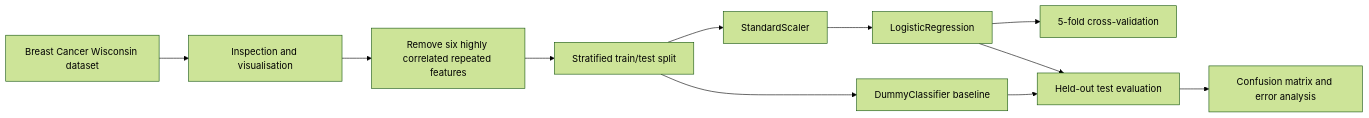
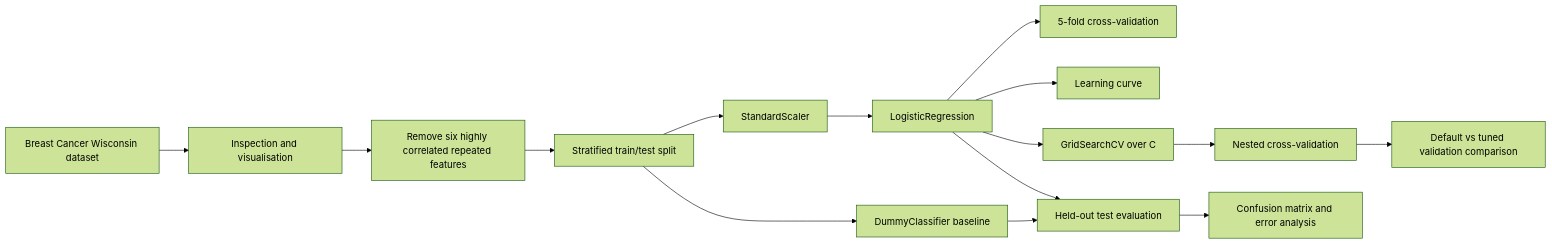
The diagram in README.md (SimonYip22/breast-cancer-ml-workflow), drawn with Mermaid (forest theme) before and after one commit. The commit also changed other lines of this file, not shown here.

````diff
--- a/README.md
+++ b/README.md
@@ -68,21 +77,30 @@
 ```mermaid
 flowchart LR
     A[Breast Cancer Wisconsin dataset]
     B[Inspection and visualisation]
     C[Remove six highly correlated repeated features]
     D[Stratified train/test split]
     E[DummyClassifier baseline]
     F[StandardScaler]
     G[LogisticRegression]
     H[5-fold cross-validation]
-    I[Held-out test evaluation]
-    J[Confusion matrix and error analysis]
+    I[Learning curve]
+    J[GridSearchCV over C]
+    K[Nested cross-validation]
+    L[Default vs tuned validation comparison]
+    M[Held-out test evaluation]
+    N[Confusion matrix and error analysis]
 
     A --> B --> C --> D
+
     D --> E
+
     D --> F --> G
     G --> H
-    E --> I
     G --> I
-    I --> J
+    G --> J --> K --> L
+
+    E --> M
+    G --> M
+    M --> N
 ```
````
